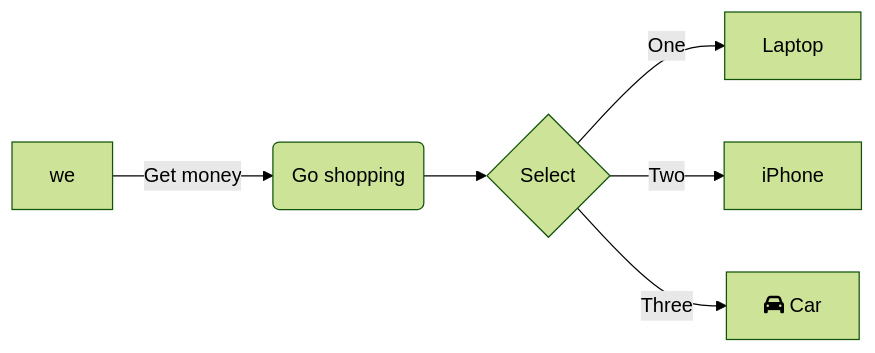
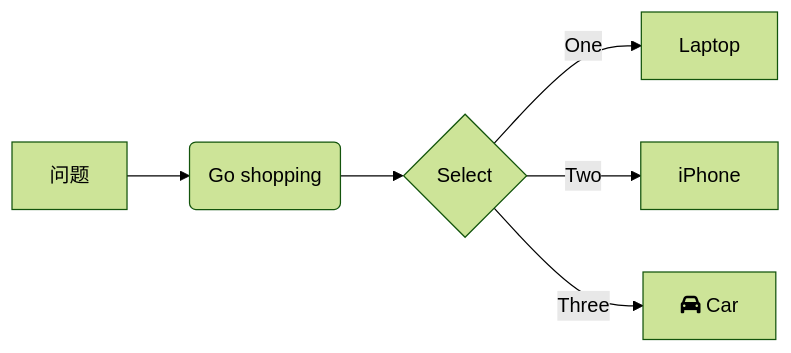
One commit to yingjianzh/iodraw-files changed the diagram in all/未命名-21.md. Above: the diagram before and after it, drawn with Mermaid (forest theme).

Commit message:
2025-02-17 10:45:37 update

````diff
--- a/all/未命名-21.md
+++ b/all/未命名-21.md
@@ -1,9 +1,9 @@
 ```mermaid
 graph LR
-    A[we] -->|Get money| B(Go shopping)
+    A[问题] -->B(Go shopping)
     B --> C{Select}
     C -->|One| D[Laptop]
     C -->|Two| E[iPhone]
     C -->|Three| F[fa:fa-car Car]
   
 ```
````
